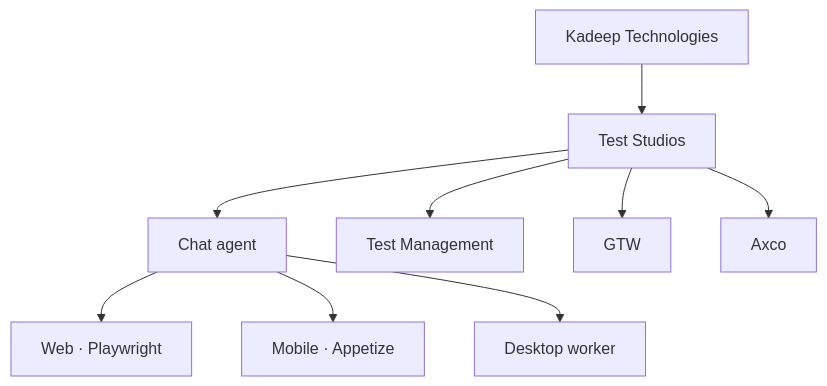
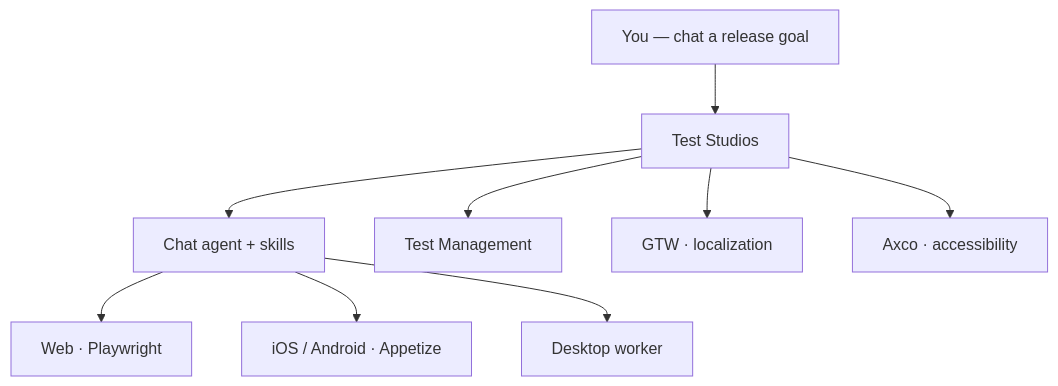
The first of 2 diagrams in profile/README.md (kadeep-ai/.github), drawn with Mermaid before and after one commit. The commit also changed other lines of this file, not shown here.

````diff
--- a/profile/README.md
+++ b/profile/README.md
@@ -62,16 +64,16 @@
 ```mermaid
 flowchart TB
-  Kadeep[Kadeep Technologies]
+  You[You — chat a release goal]
   TS[Test Studios]
 
-  Kadeep --> TS
+  You --> TS
 
-  TS --> Agent[Chat agent]
+  TS --> Agent[Chat agent + skills]
   TS --> TM[Test Management]
-  TS --> GTW[GTW]
-  TS --> Axco[Axco]
+  TS --> GTW[GTW · localization]
+  TS --> Axco[Axco · accessibility]
 
   Agent --> Web[Web · Playwright]
-  Agent --> Mobile[Mobile · Appetize]
-  Agent --> Desktop[Desktop worker]
+  Agent --> Mobile[iOS / Android · Appetize]
+  Agent --> Desk[Desktop worker]
 ```
````
